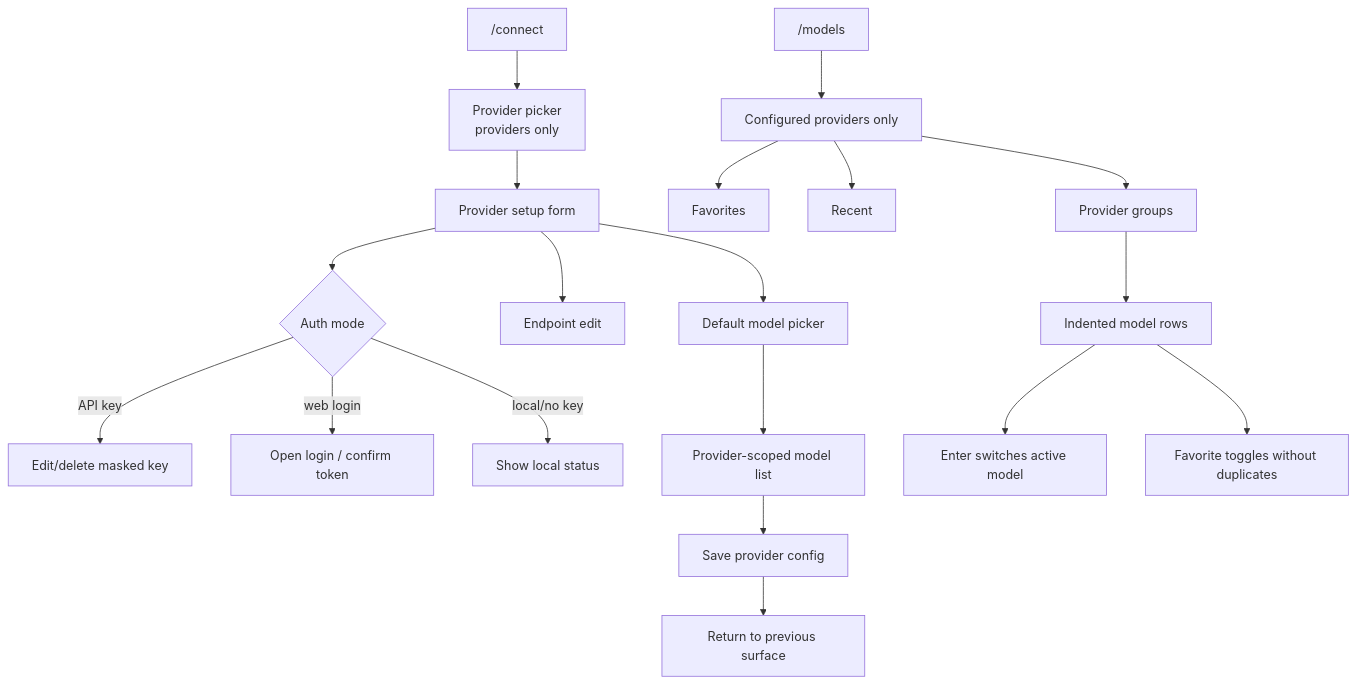
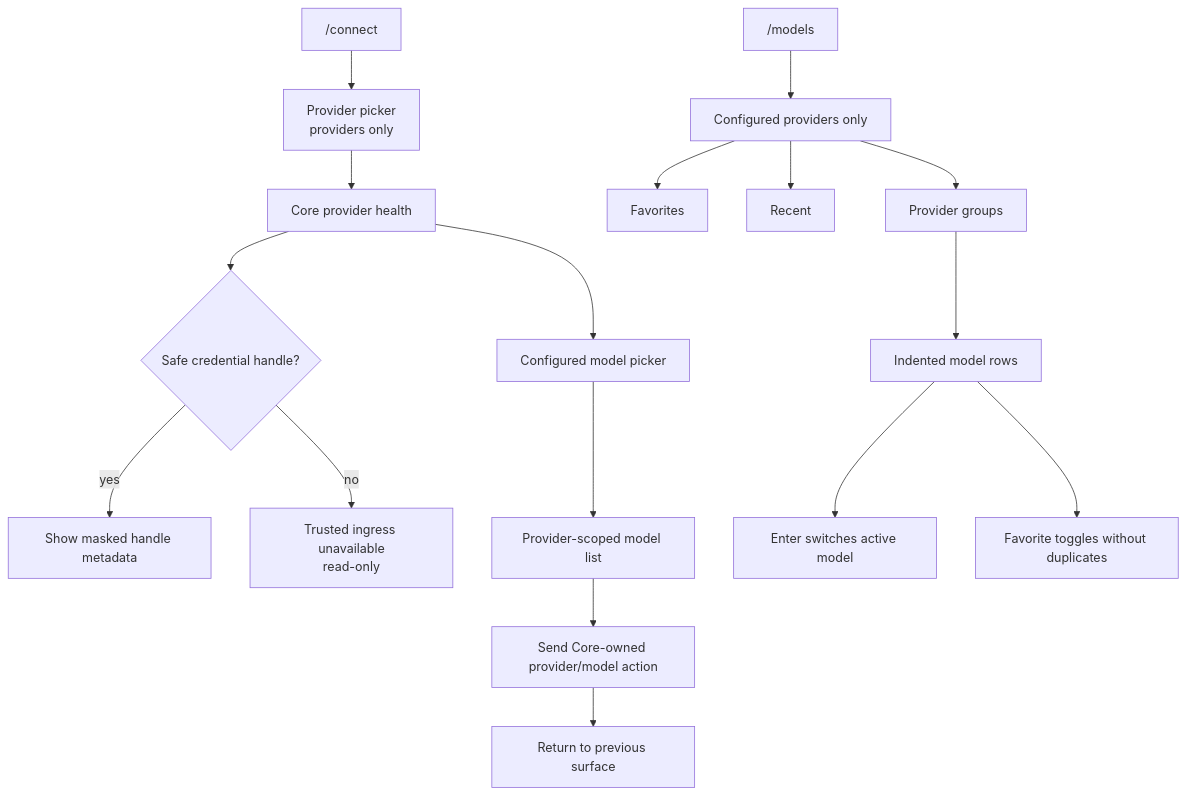
The seventh of 10 diagrams in docs/tui-interaction-flow-design.md (wikieden/robocode), drawn with Mermaid before and after one commit. The commit also changed other lines of this file and 16 other files, not shown here.

````diff
--- a/docs/tui-interaction-flow-design.md
+++ b/docs/tui-interaction-flow-design.md
@@ -242,22 +248,20 @@
 ```mermaid
 flowchart TD
     A["/connect"] --> B["Provider picker<br/>providers only"]
-    B --> C["Provider setup form"]
-    C --> D{"Auth mode"}
-    D -->|API key| E["Edit/delete masked key"]
-    D -->|web login| F["Open login / confirm token"]
-    D -->|local/no key| G["Show local status"]
-    C --> H["Endpoint edit"]
-    C --> I["Default model picker"]
+    B --> C["Core provider health"]
+    C --> D{"Safe credential handle?"}
+    D -->|yes| E["Show masked handle metadata"]
+    D -->|no| F["Trusted ingress unavailable<br/>read-only"]
+    C --> I["Configured model picker"]
     I --> J["Provider-scoped model list"]
-    J --> K["Save provider config"]
+    J --> K["Send Core-owned provider/model action"]
     K --> L["Return to previous surface"]
 
     M["/models"] --> N["Configured providers only"]
     N --> O["Favorites"]
     N --> P["Recent"]
     N --> Q["Provider groups"]
     Q --> R["Indented model rows"]
     R --> S["Enter switches active model"]
     R --> T["Favorite toggles without duplicates"]
 ```
````
